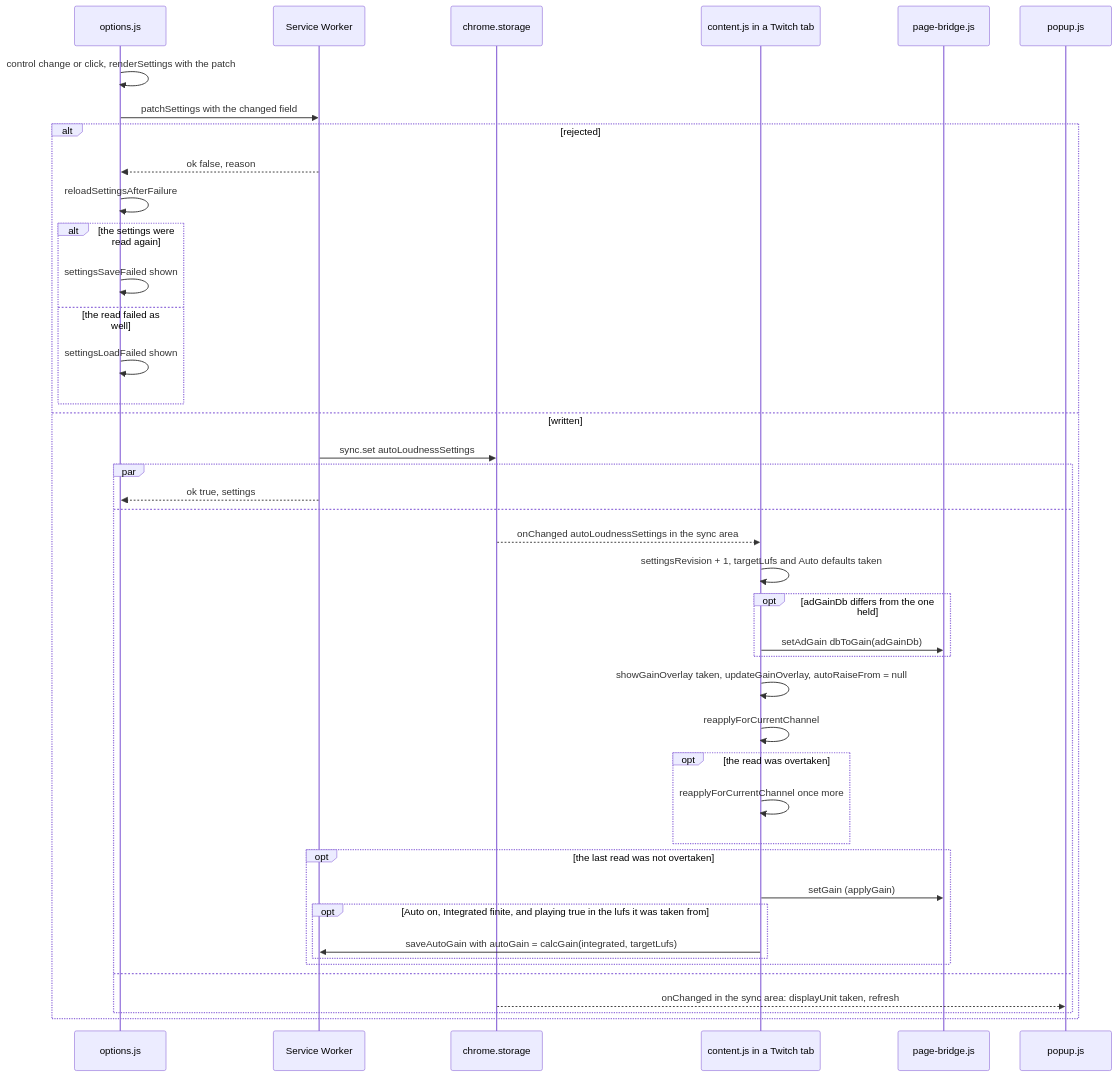
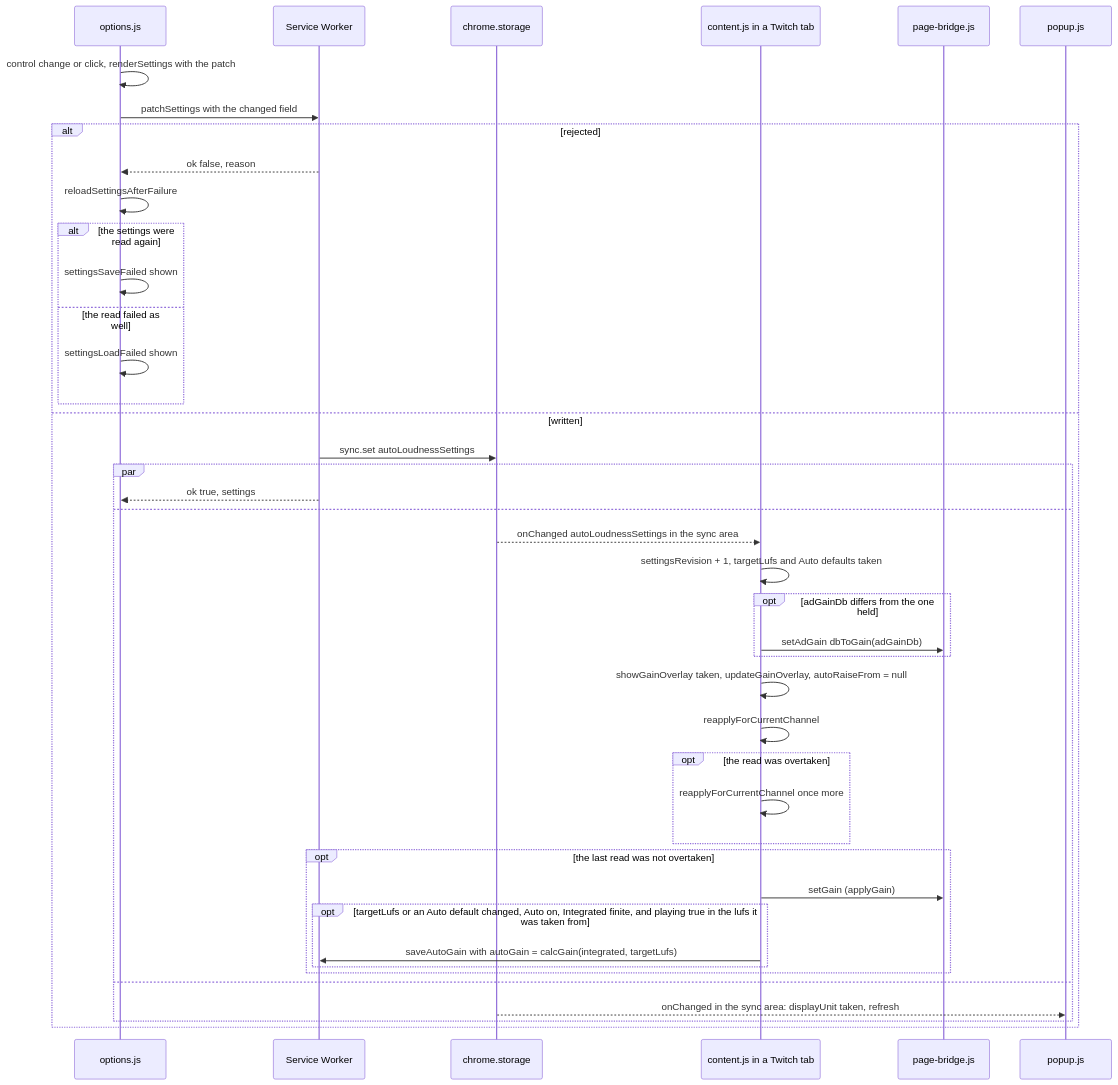
Before and after one commit to semnil/twitch-channel-volume: diagram 13 of 17 in docs/gain-change-and-save.md, drawn with Mermaid. The commit also changed other lines of this file and 4 other files, not shown here.

````diff
--- a/docs/gain-change-and-save.md
+++ b/docs/gain-change-and-save.md
@@ -565,44 +565,44 @@
 ```mermaid
 sequenceDiagram
   participant options as options.js
   participant sw as Service Worker
   participant storage as chrome.storage
   participant content as content.js in a Twitch tab
   participant bridge as page-bridge.js
   participant popup as popup.js
   options->>options: control change or click, renderSettings with the patch
   options->>sw: patchSettings with the changed field
   alt rejected
     sw-->>options: ok false, reason
     options->>options: reloadSettingsAfterFailure
     alt the settings were read again
       options->>options: settingsSaveFailed shown
     else the read failed as well
       options->>options: settingsLoadFailed shown
     end
   else written
     sw->>storage: sync.set autoLoudnessSettings
     par
       sw-->>options: ok true, settings
     and
       storage-->>content: onChanged autoLoudnessSettings in the sync area
       content->>content: settingsRevision + 1, targetLufs and Auto defaults taken
       opt adGainDb differs from the one held
         content->>bridge: setAdGain dbToGain(adGainDb)
       end
       content->>content: showGainOverlay taken, updateGainOverlay, autoRaiseFrom = null
       content->>content: reapplyForCurrentChannel
       opt the read was overtaken
         content->>content: reapplyForCurrentChannel once more
       end
       opt the last read was not overtaken
         content->>bridge: setGain (applyGain)
-        opt Auto on, Integrated finite, and playing true in the lufs it was taken from
+        opt targetLufs or an Auto default changed, Auto on, Integrated finite, and playing true in the lufs it was taken from
           content->>sw: saveAutoGain with autoGain = calcGain(integrated, targetLufs)
         end
       end
     and
       storage-->>popup: onChanged in the sync area: displayUnit taken, refresh
     end
   end
 ```
````
